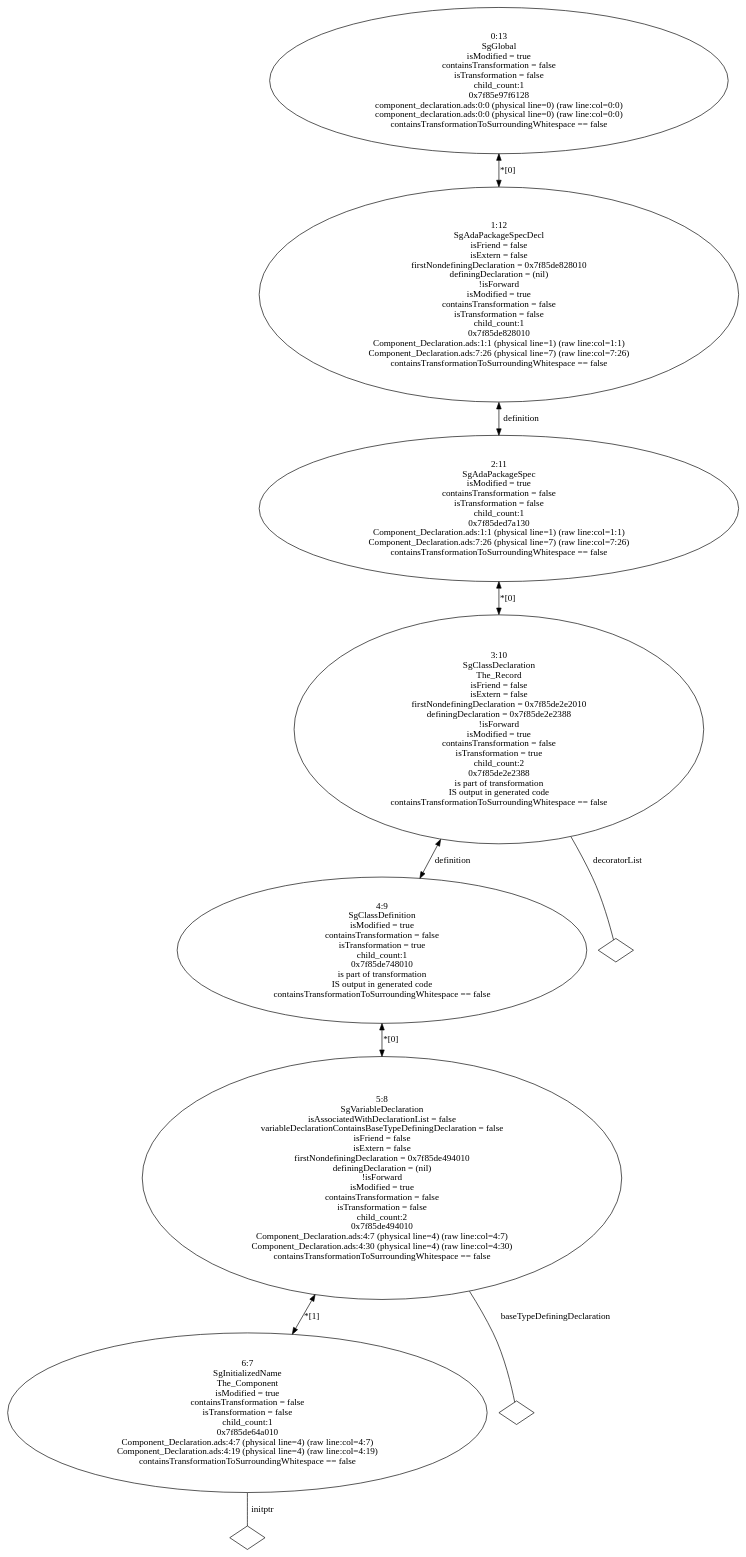
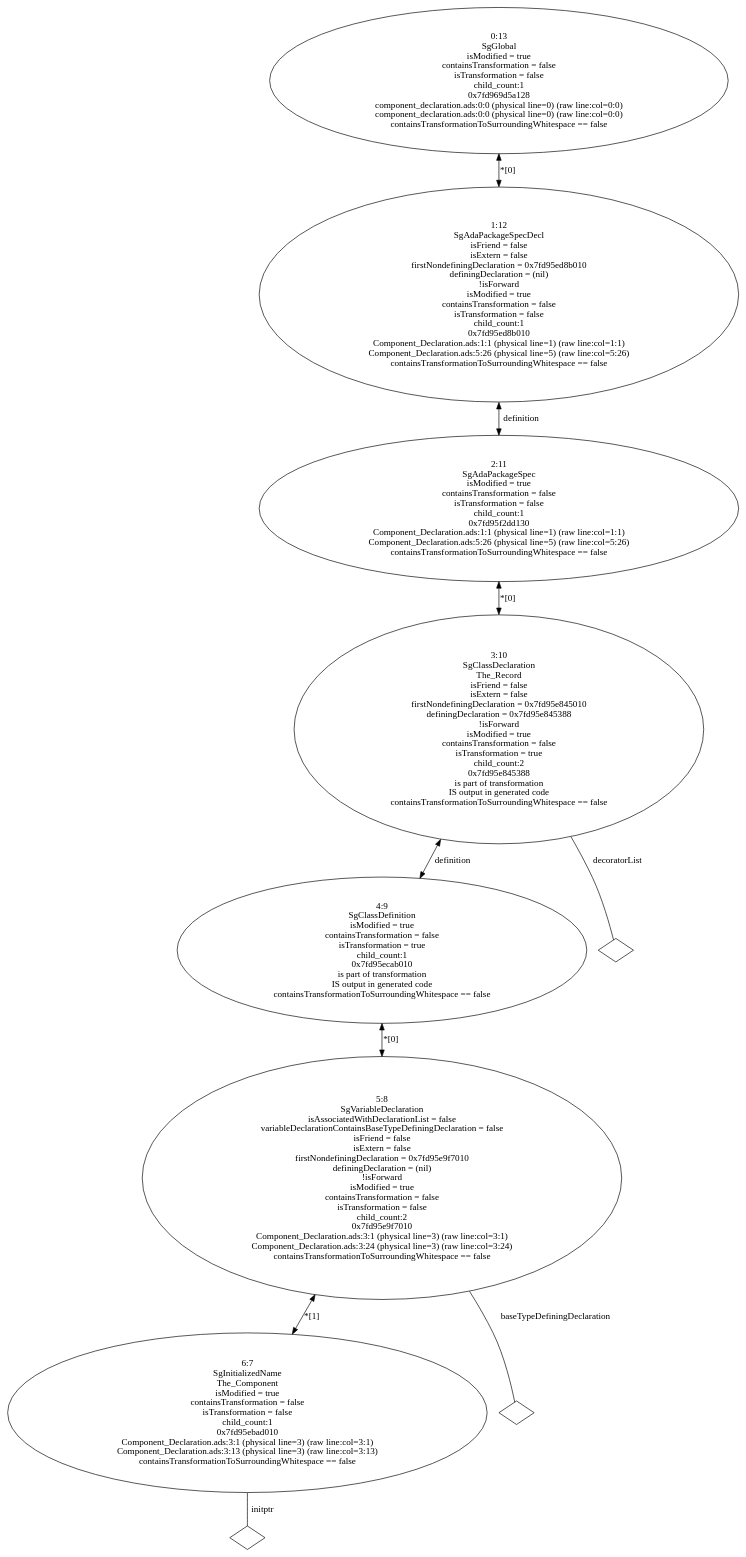
One commit to chunhualiao/rose-ast changed the diagram in ada/component_declaration_rose.dot. Above: the diagram before and after it, drawn with Graphviz. The commit also changed 3 other files, not shown here.

```diff
--- a/ada/component_declaration_rose.dot
+++ b/ada/component_declaration_rose.dot
@@ -1,21 +1,21 @@
 digraph "G./component_declaration_rose.dot" {
-"0x7f85de64a010"[label="6:7\nSgInitializedName\nThe_Component\nisModified = true\ncontainsTransformation = false\nisTransformation = false\nchild_count:1\n0x7f85de64a010\nComponent_Declaration.ads:4:7 (physical line=4) (raw line:col=4:7)\nComponent_Declaration.ads:4:19 (physical line=4) (raw line:col=4:19)\ncontainsTransformationToSurroundingWhitespace == false\n" ];
-"0x7f85de64a010" -> "0x7f85de64a010__initptr__null"[label="initptr" dir=none ];
-"0x7f85de64a010__initptr__null"[label="" shape=diamond ];
-"0x7f85de494010"[label="5:8\nSgVariableDeclaration\n isAssociatedWithDeclarationList = false \n variableDeclarationContainsBaseTypeDefiningDeclaration = false \n isFriend = false \n isExtern = false \n firstNondefiningDeclaration = 0x7f85de494010\n definingDeclaration = (nil)\n!isForward\nisModified = true\ncontainsTransformation = false\nisTransformation = false\nchild_count:2\n0x7f85de494010\nComponent_Declaration.ads:4:7 (physical line=4) (raw line:col=4:7)\nComponent_Declaration.ads:4:30 (physical line=4) (raw line:col=4:30)\ncontainsTransformationToSurroundingWhitespace == false\n" ];
-"0x7f85de494010" -> "0x7f85de494010__baseTypeDefiningDeclaration__null"[label="baseTypeDefiningDeclaration" dir=none ];
-"0x7f85de494010__baseTypeDefiningDeclaration__null"[label="" shape=diamond ];
-"0x7f85de494010" -> "0x7f85de64a010"[label="*[1]" dir=both ];
-"0x7f85de748010"[label="4:9\nSgClassDefinition\nisModified = true\ncontainsTransformation = false\nisTransformation = true\nchild_count:1\n0x7f85de748010\nis part of transformation\nIS output in generated code\ncontainsTransformationToSurroundingWhitespace == false\n" ];
-"0x7f85de748010" -> "0x7f85de494010"[label="*[0]" dir=both ];
-"0x7f85de2e2388"[label="3:10\nSgClassDeclaration\nThe_Record\n isFriend = false \n isExtern = false \n firstNondefiningDeclaration = 0x7f85de2e2010\n definingDeclaration = 0x7f85de2e2388\n!isForward\nisModified = true\ncontainsTransformation = false\nisTransformation = true\nchild_count:2\n0x7f85de2e2388\nis part of transformation\nIS output in generated code\ncontainsTransformationToSurroundingWhitespace == false\n" ];
-"0x7f85de2e2388" -> "0x7f85de748010"[label="definition" dir=both ];
-"0x7f85de2e2388" -> "0x7f85de2e2388__decoratorList__null"[label="decoratorList" dir=none ];
-"0x7f85de2e2388__decoratorList__null"[label="" shape=diamond ];
-"0x7f85ded7a130"[label="2:11\nSgAdaPackageSpec\nisModified = true\ncontainsTransformation = false\nisTransformation = false\nchild_count:1\n0x7f85ded7a130\nComponent_Declaration.ads:1:1 (physical line=1) (raw line:col=1:1)\nComponent_Declaration.ads:7:26 (physical line=7) (raw line:col=7:26)\ncontainsTransformationToSurroundingWhitespace == false\n" ];
-"0x7f85ded7a130" -> "0x7f85de2e2388"[label="*[0]" dir=both ];
-"0x7f85de828010"[label="1:12\nSgAdaPackageSpecDecl\n isFriend = false \n isExtern = false \n firstNondefiningDeclaration = 0x7f85de828010\n definingDeclaration = (nil)\n!isForward\nisModified = true\ncontainsTransformation = false\nisTransformation = false\nchild_count:1\n0x7f85de828010\nComponent_Declaration.ads:1:1 (physical line=1) (raw line:col=1:1)\nComponent_Declaration.ads:7:26 (physical line=7) (raw line:col=7:26)\ncontainsTransformationToSurroundingWhitespace == false\n" ];
-"0x7f85de828010" -> "0x7f85ded7a130"[label="definition" dir=both ];
-"0x7f85e97f6128"[label="0:13\nSgGlobal\nisModified = true\ncontainsTransformation = false\nisTransformation = false\nchild_count:1\n0x7f85e97f6128\ncomponent_declaration.ads:0:0 (physical line=0) (raw line:col=0:0)\ncomponent_declaration.ads:0:0 (physical line=0) (raw line:col=0:0)\ncontainsTransformationToSurroundingWhitespace == false\n" ];
-"0x7f85e97f6128" -> "0x7f85de828010"[label="*[0]" dir=both ];
+"0x7fd95ebad010"[label="6:7\nSgInitializedName\nThe_Component\nisModified = true\ncontainsTransformation = false\nisTransformation = false\nchild_count:1\n0x7fd95ebad010\nComponent_Declaration.ads:3:1 (physical line=3) (raw line:col=3:1)\nComponent_Declaration.ads:3:13 (physical line=3) (raw line:col=3:13)\ncontainsTransformationToSurroundingWhitespace == false\n" ];
+"0x7fd95ebad010" -> "0x7fd95ebad010__initptr__null"[label="initptr" dir=none ];
+"0x7fd95ebad010__initptr__null"[label="" shape=diamond ];
+"0x7fd95e9f7010"[label="5:8\nSgVariableDeclaration\n isAssociatedWithDeclarationList = false \n variableDeclarationContainsBaseTypeDefiningDeclaration = false \n isFriend = false \n isExtern = false \n firstNondefiningDeclaration = 0x7fd95e9f7010\n definingDeclaration = (nil)\n!isForward\nisModified = true\ncontainsTransformation = false\nisTransformation = false\nchild_count:2\n0x7fd95e9f7010\nComponent_Declaration.ads:3:1 (physical line=3) (raw line:col=3:1)\nComponent_Declaration.ads:3:24 (physical line=3) (raw line:col=3:24)\ncontainsTransformationToSurroundingWhitespace == false\n" ];
+"0x7fd95e9f7010" -> "0x7fd95e9f7010__baseTypeDefiningDeclaration__null"[label="baseTypeDefiningDeclaration" dir=none ];
+"0x7fd95e9f7010__baseTypeDefiningDeclaration__null"[label="" shape=diamond ];
+"0x7fd95e9f7010" -> "0x7fd95ebad010"[label="*[1]" dir=both ];
+"0x7fd95ecab010"[label="4:9\nSgClassDefinition\nisModified = true\ncontainsTransformation = false\nisTransformation = true\nchild_count:1\n0x7fd95ecab010\nis part of transformation\nIS output in generated code\ncontainsTransformationToSurroundingWhitespace == false\n" ];
+"0x7fd95ecab010" -> "0x7fd95e9f7010"[label="*[0]" dir=both ];
+"0x7fd95e845388"[label="3:10\nSgClassDeclaration\nThe_Record\n isFriend = false \n isExtern = false \n firstNondefiningDeclaration = 0x7fd95e845010\n definingDeclaration = 0x7fd95e845388\n!isForward\nisModified = true\ncontainsTransformation = false\nisTransformation = true\nchild_count:2\n0x7fd95e845388\nis part of transformation\nIS output in generated code\ncontainsTransformationToSurroundingWhitespace == false\n" ];
+"0x7fd95e845388" -> "0x7fd95ecab010"[label="definition" dir=both ];
+"0x7fd95e845388" -> "0x7fd95e845388__decoratorList__null"[label="decoratorList" dir=none ];
+"0x7fd95e845388__decoratorList__null"[label="" shape=diamond ];
+"0x7fd95f2dd130"[label="2:11\nSgAdaPackageSpec\nisModified = true\ncontainsTransformation = false\nisTransformation = false\nchild_count:1\n0x7fd95f2dd130\nComponent_Declaration.ads:1:1 (physical line=1) (raw line:col=1:1)\nComponent_Declaration.ads:5:26 (physical line=5) (raw line:col=5:26)\ncontainsTransformationToSurroundingWhitespace == false\n" ];
+"0x7fd95f2dd130" -> "0x7fd95e845388"[label="*[0]" dir=both ];
+"0x7fd95ed8b010"[label="1:12\nSgAdaPackageSpecDecl\n isFriend = false \n isExtern = false \n firstNondefiningDeclaration = 0x7fd95ed8b010\n definingDeclaration = (nil)\n!isForward\nisModified = true\ncontainsTransformation = false\nisTransformation = false\nchild_count:1\n0x7fd95ed8b010\nComponent_Declaration.ads:1:1 (physical line=1) (raw line:col=1:1)\nComponent_Declaration.ads:5:26 (physical line=5) (raw line:col=5:26)\ncontainsTransformationToSurroundingWhitespace == false\n" ];
+"0x7fd95ed8b010" -> "0x7fd95f2dd130"[label="definition" dir=both ];
+"0x7fd969d5a128"[label="0:13\nSgGlobal\nisModified = true\ncontainsTransformation = false\nisTransformation = false\nchild_count:1\n0x7fd969d5a128\ncomponent_declaration.ads:0:0 (physical line=0) (raw line:col=0:0)\ncomponent_declaration.ads:0:0 (physical line=0) (raw line:col=0:0)\ncontainsTransformationToSurroundingWhitespace == false\n" ];
+"0x7fd969d5a128" -> "0x7fd95ed8b010"[label="*[0]" dir=both ];
 }
```
